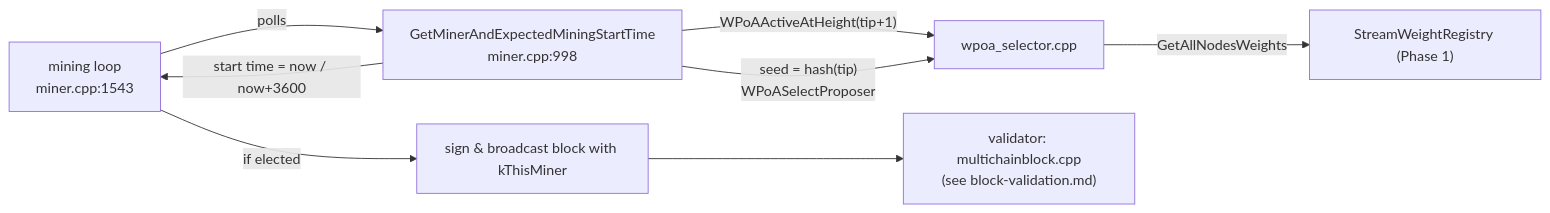
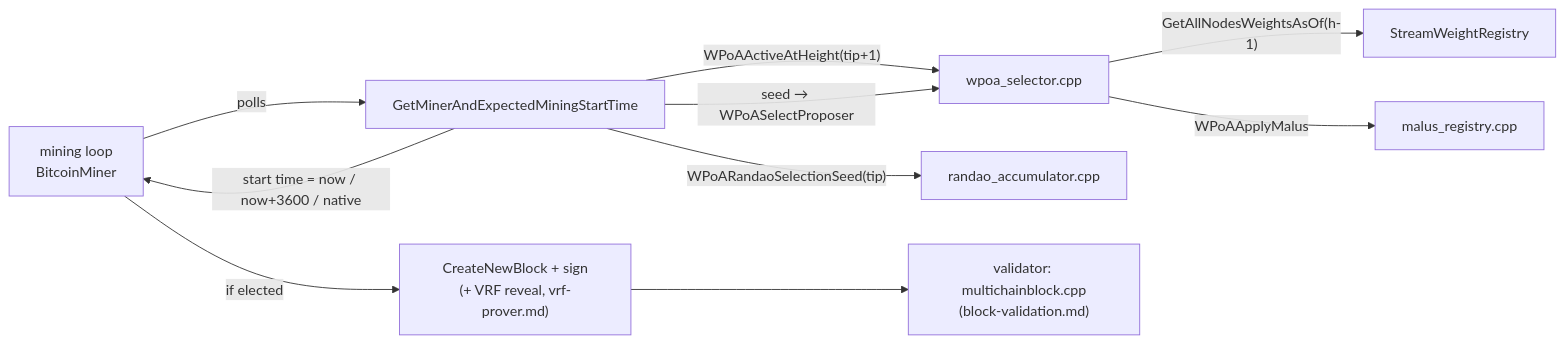
Before and after one commit to FeMattu/multichain: the diagram in docs/miner-integration.md, drawn with Mermaid. The commit also changed other lines of this file and 44 other files, not shown here.

````diff
--- a/docs/miner-integration.md
+++ b/docs/miner-integration.md
@@ -201,10 +196,12 @@
 ```mermaid
 flowchart LR
-    ML["mining loop<br/>miner.cpp:1543"] -->|polls| GM["GetMinerAndExpectedMiningStartTime<br/>miner.cpp:998"]
+    ML["mining loop<br/>BitcoinMiner"] -->|polls| GM["GetMinerAndExpectedMiningStartTime"]
     GM -->|"WPoAActiveAtHeight(tip+1)"| SEL["wpoa_selector.cpp"]
-    GM -->|"seed = hash(tip)<br/>WPoASelectProposer"| SEL
-    SEL -->|GetAllNodesWeights| REG["StreamWeightRegistry (Phase 1)"]
-    GM -->|"start time = now / now+3600"| ML
-    ML -->|if elected| SIGN["sign & broadcast block with kThisMiner"]
-    SIGN --> VAL["validator: multichainblock.cpp<br/>(see block-validation.md)"]
+    GM -->|"WPoARandaoSelectionSeed(tip)"| RND["randao_accumulator.cpp"]
+    GM -->|"seed → WPoASelectProposer"| SEL
+    SEL -->|"GetAllNodesWeightsAsOf(h-1)"| REG["StreamWeightRegistry"]
+    SEL -->|"WPoAApplyMalus"| MAL["malus_registry.cpp"]
+    GM -->|"start time = now / now+3600 / native"| ML
+    ML -->|if elected| SIGN["CreateNewBlock + sign<br/>(+ VRF reveal, vrf-prover.md)"]
+    SIGN --> VAL["validator: multichainblock.cpp<br/>(block-validation.md)"]
 ```
````
